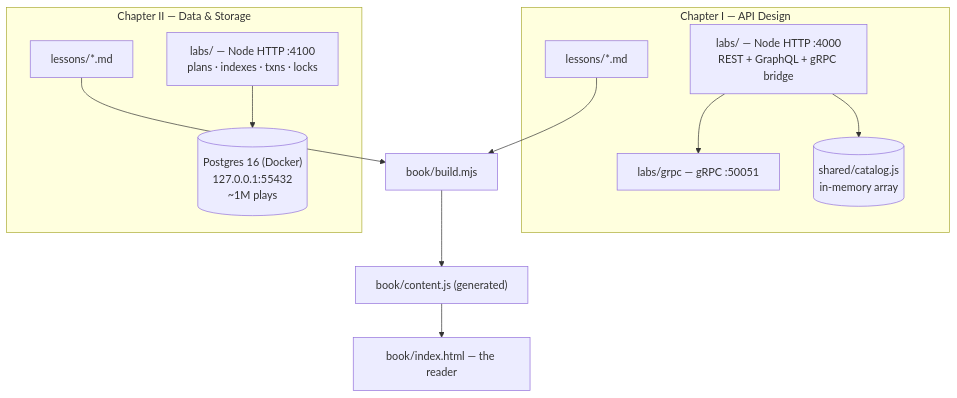
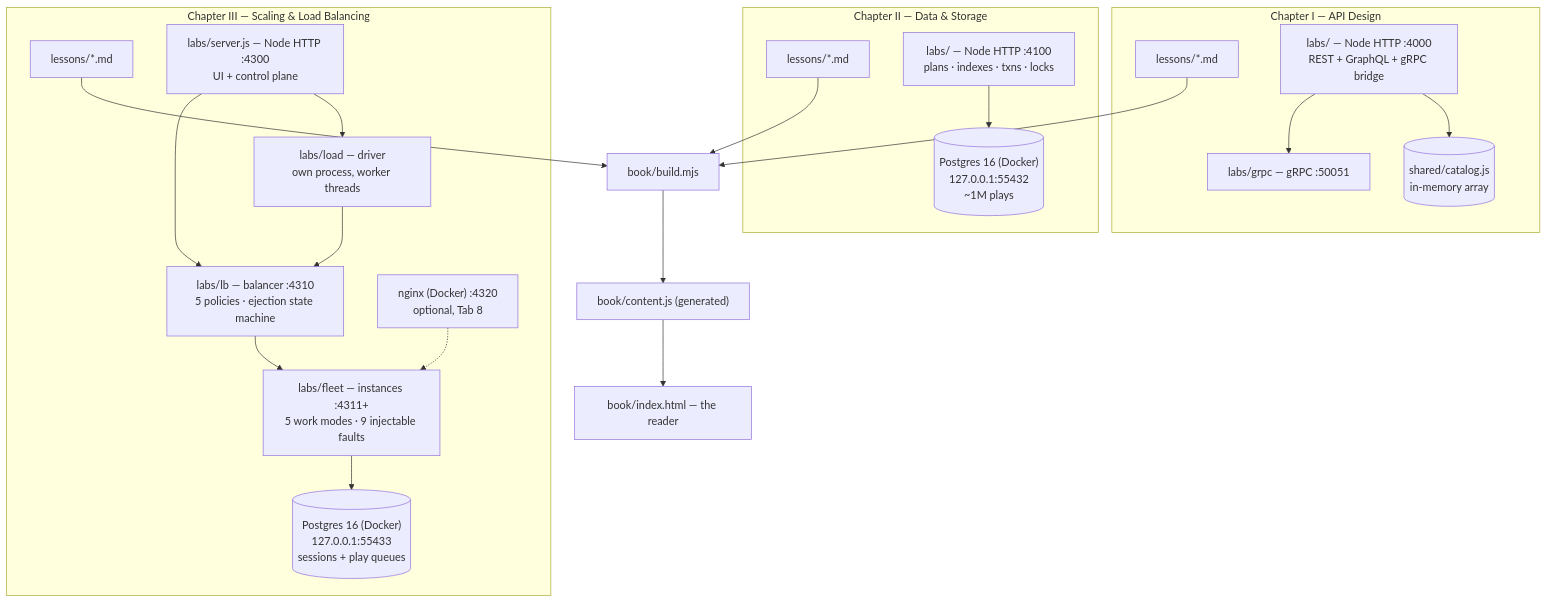
The diagram in docs/architecture.md (beese54/system-design-learning), drawn with Mermaid before and after one commit. The commit also changed other lines of this file and 5 other files, not shown here.

````diff
--- a/docs/architecture.md
+++ b/docs/architecture.md
@@ -16,23 +16,40 @@
 ```mermaid
 flowchart TD
     subgraph Ch1["Chapter I — API Design"]
         L1["lessons/*.md"]
         A1["labs/ — Node HTTP :4000<br/>REST + GraphQL + gRPC bridge"]
         G1["labs/grpc — gRPC :50051"]
         A1 --> G1
         C1[("shared/catalog.js<br/>in-memory array")]
         A1 --> C1
     end
 
     subgraph Ch2["Chapter II — Data & Storage"]
         L2["lessons/*.md"]
         A2["labs/ — Node HTTP :4100<br/>plans · indexes · txns · locks"]
         D2[("Postgres 16 (Docker)<br/>127.0.0.1:55432<br/>~1M plays")]
         A2 --> D2
     end
 
+    subgraph Ch3["Chapter III — Scaling & Load Balancing"]
+        L3["lessons/*.md"]
+        H3["labs/server.js — Node HTTP :4300<br/>UI + control plane"]
+        B3["labs/lb — balancer :4310<br/>5 policies · ejection state machine"]
+        F3["labs/fleet — instances :4311+<br/>5 work modes · 9 injectable faults"]
+        DR["labs/load — driver<br/>own process, worker threads"]
+        D3[("Postgres 16 (Docker)<br/>127.0.0.1:55433<br/>sessions + play queues")]
+        N3["nginx (Docker) :4320<br/>optional, Tab 8"]
+        H3 --> B3
+        H3 --> DR
+        B3 --> F3
+        F3 --> D3
+        DR --> B3
+        N3 -.-> F3
+    end
+
     L1 --> B["book/build.mjs"]
     L2 --> B
+    L3 --> B
     B --> CJ["book/content.js (generated)"]
     CJ --> R["book/index.html — the reader"]
 ```
````
